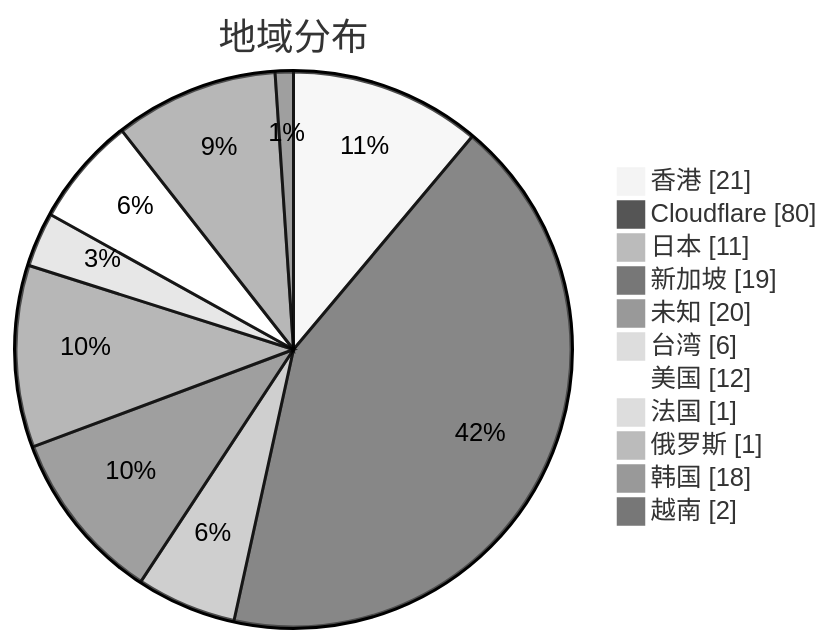
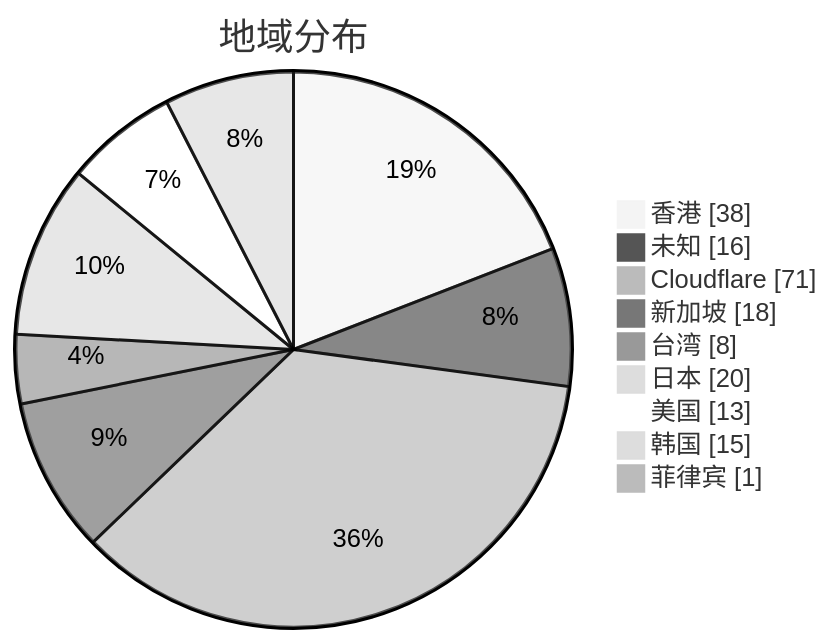
One commit to qjlxg/airport changed the second of 3 diagrams in subs/statistics/tested_within.md. Above: the diagram before and after it, drawn with Mermaid (neutral theme). The commit also changed other lines of this file and 2 other files, not shown here.

````diff
--- a/subs/statistics/tested_within.md
+++ b/subs/statistics/tested_within.md
@@ -13,15 +13,13 @@
 ```mermaid
 pie showData
 title 地域分布
-"香港" : 21
-"Cloudflare" : 80
-"日本" : 11
-"新加坡" : 19
-"未知" : 20
-"台湾" : 6
-"美国" : 12
-"法国" : 1
-"俄罗斯" : 1
-"韩国" : 18
-"越南" : 2
+"香港" : 38
+"未知" : 16
+"Cloudflare" : 71
+"新加坡" : 18
+"台湾" : 8
+"日本" : 20
+"美国" : 13
+"韩国" : 15
+"菲律宾" : 1
 ```
````
